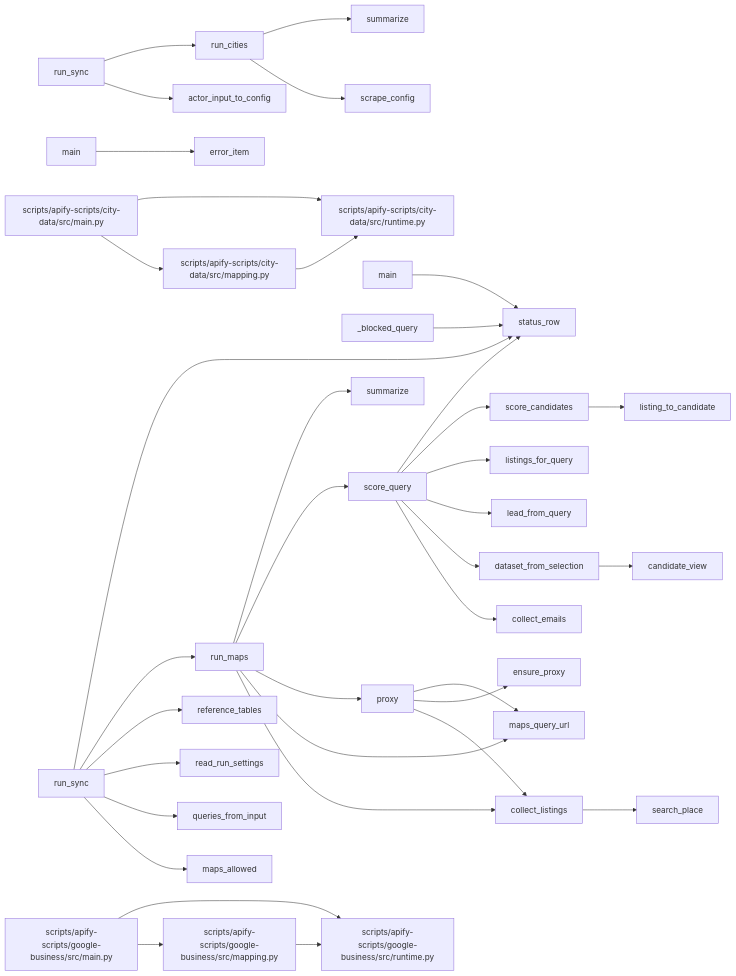
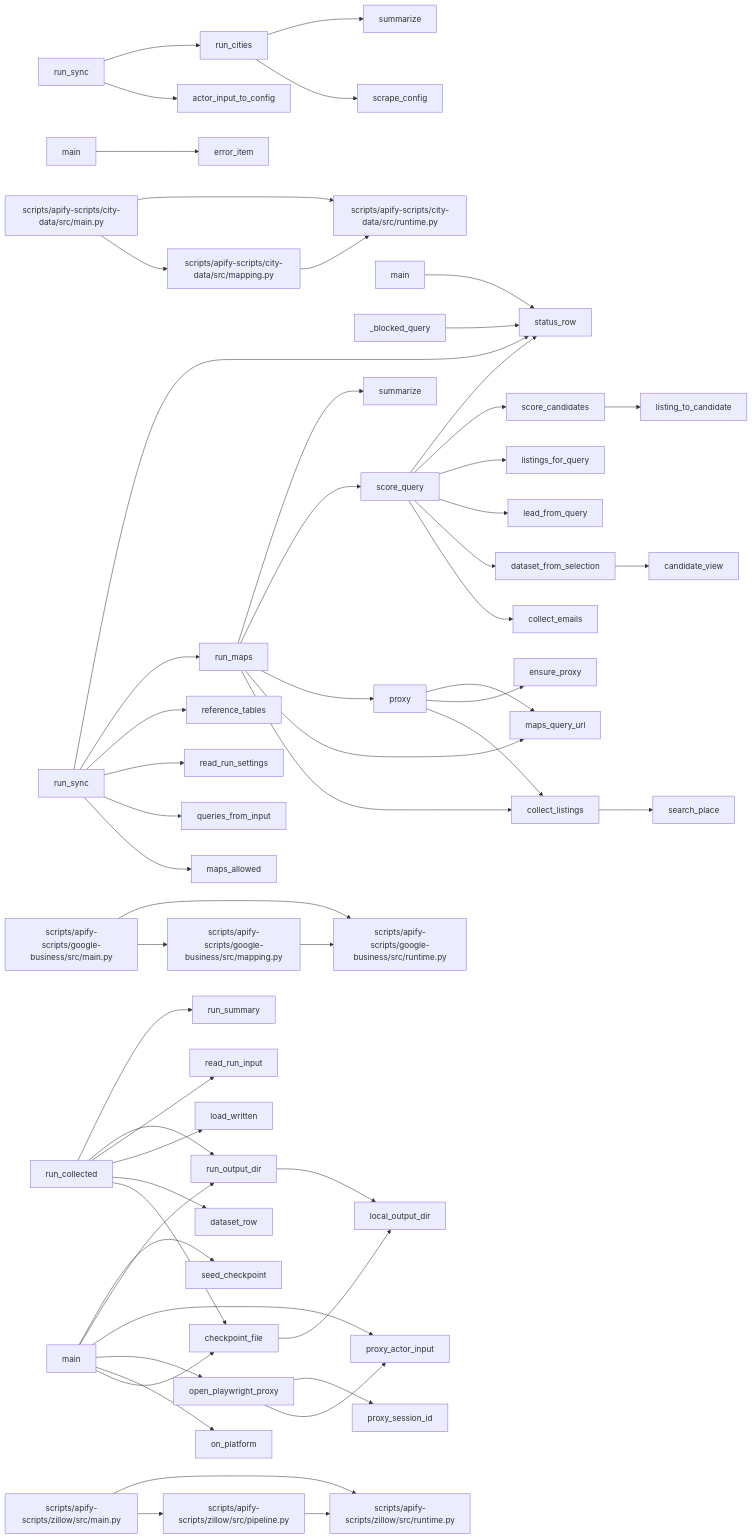
The diagram in documentation/repo-map/generated/actors.md (StaticxViper/cjm-dev), drawn with Mermaid before and after one commit. The commit also changed 27 other files, not shown here.

````diff
--- a/documentation/repo-map/generated/actors.md
+++ b/documentation/repo-map/generated/actors.md
@@ -40,12 +40,32 @@
   scripts_apify_scripts_google_business_src_mapping_py_status_row["status_row"]
   scripts_apify_scripts_google_business_src_mapping_py_summarize["summarize"]
   scripts_apify_scripts_google_business_src_runtime_py["scripts/apify-scripts/google-business/src/runtime.py"]
+  scripts_apify_scripts_zillow_src_main_py["scripts/apify-scripts/zillow/src/main.py"]
+  scripts_apify_scripts_zillow_src_main_py_main["main"]
+  scripts_apify_scripts_zillow_src_pipeline_py["scripts/apify-scripts/zillow/src/pipeline.py"]
+  scripts_apify_scripts_zillow_src_pipeline_py_checkpoint_file["checkpoint_file"]
+  scripts_apify_scripts_zillow_src_pipeline_py_dataset_row["dataset_row"]
+  scripts_apify_scripts_zillow_src_pipeline_py_load_written["load_written"]
+  scripts_apify_scripts_zillow_src_pipeline_py_local_output_dir["local_output_dir"]
+  scripts_apify_scripts_zillow_src_pipeline_py_on_platform["on_platform"]
+  scripts_apify_scripts_zillow_src_pipeline_py_open_playwright_proxy["open_playwright_proxy"]
+  scripts_apify_scripts_zillow_src_pipeline_py_proxy_actor_input["proxy_actor_input"]
+  scripts_apify_scripts_zillow_src_pipeline_py_proxy_session_id["proxy_session_id"]
+  scripts_apify_scripts_zillow_src_pipeline_py_read_run_input["read_run_input"]
+  scripts_apify_scripts_zillow_src_pipeline_py_run_collected["run_collected"]
+  scripts_apify_scripts_zillow_src_pipeline_py_run_output_dir["run_output_dir"]
+  scripts_apify_scripts_zillow_src_pipeline_py_run_summary["run_summary"]
+  scripts_apify_scripts_zillow_src_pipeline_py_seed_checkpoint["seed_checkpoint"]
+  scripts_apify_scripts_zillow_src_runtime_py["scripts/apify-scripts/zillow/src/runtime.py"]
   scripts_apify_scripts_city_data_src_main_py --> scripts_apify_scripts_city_data_src_mapping_py
   scripts_apify_scripts_city_data_src_main_py --> scripts_apify_scripts_city_data_src_runtime_py
   scripts_apify_scripts_city_data_src_mapping_py --> scripts_apify_scripts_city_data_src_runtime_py
   scripts_apify_scripts_google_business_src_main_py --> scripts_apify_scripts_google_business_src_mapping_py
   scripts_apify_scripts_google_business_src_main_py --> scripts_apify_scripts_google_business_src_runtime_py
   scripts_apify_scripts_google_business_src_mapping_py --> scripts_apify_scripts_google_business_src_runtime_py
+  scripts_apify_scripts_zillow_src_main_py --> scripts_apify_scripts_zillow_src_pipeline_py
+  scripts_apify_scripts_zillow_src_main_py --> scripts_apify_scripts_zillow_src_runtime_py
+  scripts_apify_scripts_zillow_src_pipeline_py --> scripts_apify_scripts_zillow_src_runtime_py
   scripts_apify_scripts_city_data_src_main_py_main --> scripts_apify_scripts_city_data_src_mapping_py_error_item
   scripts_apify_scripts_city_data_src_main_py_run_sync --> scripts_apify_scripts_city_data_src_mapping_py_actor_input_to_config
   scripts_apify_scripts_city_data_src_main_py_run_sync --> scripts_apify_scripts_city_data_src_mapping_py_run_cities
@@ -56,6 +76,12 @@
   scripts_apify_scripts_google_business_src_main_py_run_sync --> scripts_apify_scripts_google_business_src_mapping_py_reference_tables
   scripts_apify_scripts_google_business_src_main_py_run_sync --> scripts_apify_scripts_google_business_src_mapping_py_run_maps
   scripts_apify_scripts_google_business_src_main_py_run_sync --> scripts_apify_scripts_google_business_src_mapping_py_status_row
+  scripts_apify_scripts_zillow_src_main_py_main --> scripts_apify_scripts_zillow_src_pipeline_py_checkpoint_file
+  scripts_apify_scripts_zillow_src_main_py_main --> scripts_apify_scripts_zillow_src_pipeline_py_on_platform
+  scripts_apify_scripts_zillow_src_main_py_main --> scripts_apify_scripts_zillow_src_pipeline_py_open_playwright_proxy
+  scripts_apify_scripts_zillow_src_main_py_main --> scripts_apify_scripts_zillow_src_pipeline_py_proxy_actor_input
+  scripts_apify_scripts_zillow_src_main_py_main --> scripts_apify_scripts_zillow_src_pipeline_py_run_output_dir
+  scripts_apify_scripts_zillow_src_main_py_main --> scripts_apify_scripts_zillow_src_pipeline_py_seed_checkpoint
   scripts_apify_scripts_city_data_src_mapping_py_run_cities --> scripts_apify_scripts_city_data_src_mapping_py_scrape_config
   scripts_apify_scripts_city_data_src_mapping_py_run_cities --> scripts_apify_scripts_city_data_src_mapping_py_summarize
   scripts_apify_scripts_google_business_src_mapping_py__blocked_query --> scripts_apify_scripts_google_business_src_mapping_py_status_row
@@ -76,4 +102,14 @@
   scripts_apify_scripts_google_business_src_mapping_py_score_query --> scripts_apify_scripts_google_business_src_mapping_py_listings_for_query
   scripts_apify_scripts_google_business_src_mapping_py_score_query --> scripts_apify_scripts_google_business_src_mapping_py_score_candidates
   scripts_apify_scripts_google_business_src_mapping_py_score_query --> scripts_apify_scripts_google_business_src_mapping_py_status_row
+  scripts_apify_scripts_zillow_src_pipeline_py_checkpoint_file --> scripts_apify_scripts_zillow_src_pipeline_py_local_output_dir
+  scripts_apify_scripts_zillow_src_pipeline_py_open_playwright_proxy --> scripts_apify_scripts_zillow_src_pipeline_py_proxy_actor_input
+  scripts_apify_scripts_zillow_src_pipeline_py_open_playwright_proxy --> scripts_apify_scripts_zillow_src_pipeline_py_proxy_session_id
+  scripts_apify_scripts_zillow_src_pipeline_py_run_collected --> scripts_apify_scripts_zillow_src_pipeline_py_checkpoint_file
+  scripts_apify_scripts_zillow_src_pipeline_py_run_collected --> scripts_apify_scripts_zillow_src_pipeline_py_dataset_row
+  scripts_apify_scripts_zillow_src_pipeline_py_run_collected --> scripts_apify_scripts_zillow_src_pipeline_py_load_written
+  scripts_apify_scripts_zillow_src_pipeline_py_run_collected --> scripts_apify_scripts_zillow_src_pipeline_py_read_run_input
+  scripts_apify_scripts_zillow_src_pipeline_py_run_collected --> scripts_apify_scripts_zillow_src_pipeline_py_run_output_dir
+  scripts_apify_scripts_zillow_src_pipeline_py_run_collected --> scripts_apify_scripts_zillow_src_pipeline_py_run_summary
+  scripts_apify_scripts_zillow_src_pipeline_py_run_output_dir --> scripts_apify_scripts_zillow_src_pipeline_py_local_output_dir
 ```
````
